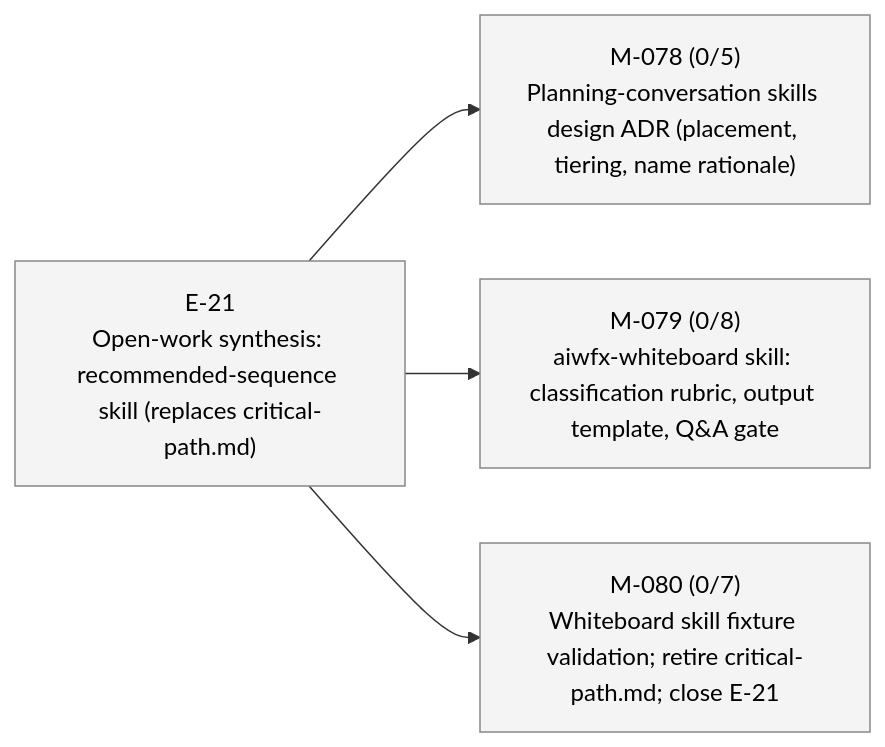
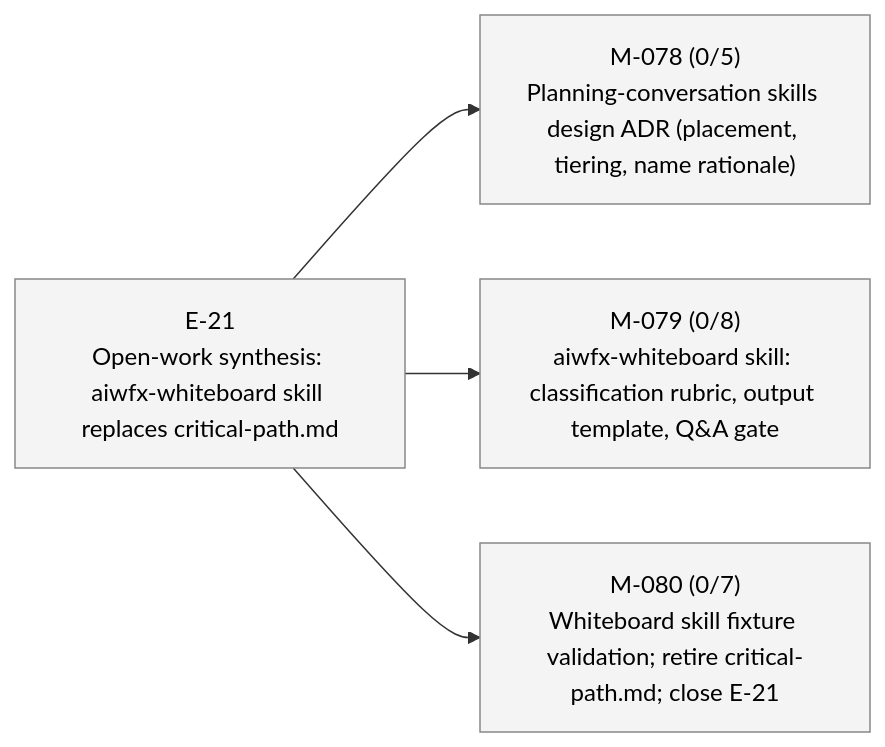
Before and after one commit to 23min/aiwf: the third of 3 diagrams in STATUS.md, drawn with Mermaid. The commit also changed other lines of this file and 1 other file, not shown here.

First line of the commit message:
aiwf retitle E-21 -> "Open-work synthesis: aiwfx-whiteboard skill replaces critical-path.md"

````diff
--- a/STATUS.md
+++ b/STATUS.md
@@ -70,16 +70,16 @@
 ```mermaid
 flowchart LR
-  E_21["E-21<br/>Open-work synthesis: recommended-sequence skill (replaces critical-path.md)"]:::epic_proposed
+  E_21["E-21<br/>Open-work synthesis: aiwfx-whiteboard skill replaces critical-path.md"]:::epic_proposed
   M_078["M-078 (0/5)<br/>Planning-conversation skills design ADR (placement, tiering, name rationale)"]:::ms_draft
   E_21 --> M_078
   M_079["M-079 (0/8)<br/>aiwfx-whiteboard skill: classification rubric, output template, Q&A gate"]:::ms_draft
   E_21 --> M_079
   M_080["M-080 (0/7)<br/>Whiteboard skill fixture validation; retire critical-path.md; close E-21"]:::ms_draft
   E_21 --> M_080
   classDef epic_active fill:#d6eaff,stroke:#1a73e8,color:#000
   classDef epic_proposed fill:#f4f4f4,stroke:#888,color:#000
   classDef ms_done fill:#d8f5d8,stroke:#2a8a2a,color:#000
   classDef ms_in_progress fill:#fff3c4,stroke:#caa400,color:#000
   classDef ms_draft fill:#f4f4f4,stroke:#888,color:#000
   classDef ms_cancelled fill:#fbeaea,stroke:#c33,color:#000
 ```
````
